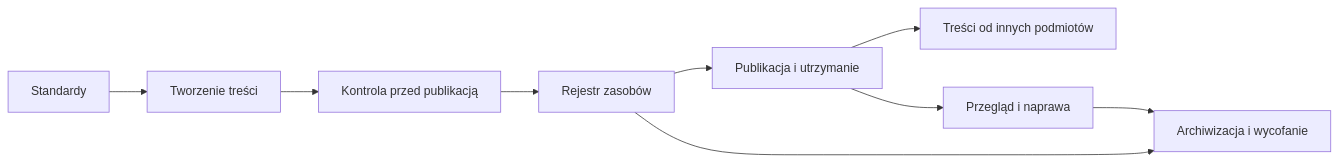
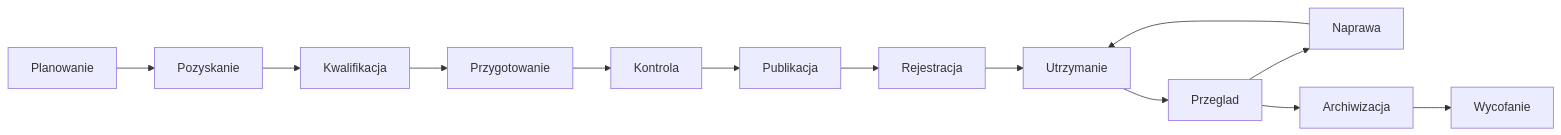
The diagram in src/index.md (bwilk-umjaslo/Zarzadzanie-dostepna-trescia-publiczna), drawn with Mermaid before and after one commit. The commit also changed other lines of this file and 21 other files, not shown here.

````diff
--- a/src/index.md
+++ b/src/index.md
@@ -67,11 +94,15 @@
 ```mermaid
 flowchart LR
-    A[Standardy] --> B[Tworzenie treści]
-    B --> C[Kontrola przed publikacją]
-    C --> D[Rejestr zasobów]
-    D --> E[Publikacja i utrzymanie]
-    E --> F[Treści od innych podmiotów]
-    E --> G[Przegląd i naprawa]
-    G --> H[Archiwizacja i wycofanie]
-    D --> H
+    A[Planowanie] --> B[Pozyskanie]
+    B --> C[Kwalifikacja]
+    C --> D[Przygotowanie]
+    D --> E[Kontrola]
+    E --> F[Publikacja]
+    F --> G[Rejestracja]
+    G --> H[Utrzymanie]
+    H --> I[Przeglad]
+    I --> J[Naprawa]
+    J --> H
+    I --> K[Archiwizacja]
+    K --> L[Wycofanie]
 ```
````
